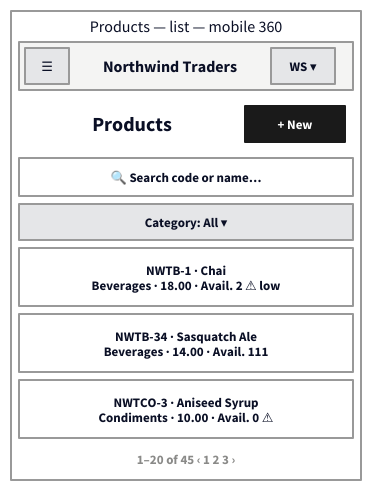
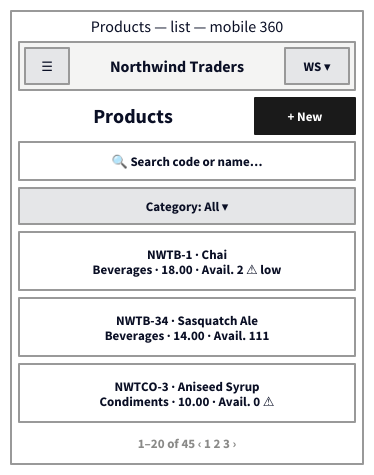
Before and after one commit to jedt3d/northwind-design: the diagram in docs/07-wireframes/05-products-list.mobile.d2, drawn with D2. The commit also changed 99 other files, not shown here.

Commit message:
feat: dashboard analytics (7 chart panels), companies lifetime totals, table header alignment fix; docs+wireframes updated; 86 tests green

```diff
--- a/docs/07-wireframes/05-products-list.mobile.d2
+++ b/docs/07-wireframes/05-products-list.mobile.d2
@@ -1,52 +1,53 @@
 # PRD: F4 Products list (mobile 360)
 # GUI wireframe: one narrow page frame, topbar with hamburger, zones stacked vertically.
 direction: down
 
 classes: {
   frame: {style: {fill: "#ffffff"; stroke: "#999999"; stroke-width: 2; font-size: 16}}
   plain: {style: {fill: "#ffffff"; stroke: "#ffffff"}}
   bar: {style: {fill: "#f4f4f3"; stroke: "#999999"}}
   barlbl: {style: {fill: "#f4f4f3"; stroke: "#f4f4f3"}}
   slogo: {style: {fill: "#f4f4f3"; stroke: "#f4f4f3"; bold: true; font-size: 16}}
   nav: {style: {fill: "#f4f4f3"; stroke: "#f4f4f3"; font-size: 14}}
   navon: {style: {fill: "#1a1a1a"; stroke: "#1a1a1a"; font-color: "#ffffff"; font-size: 14}}
   h1: {style: {fill: "#ffffff"; stroke: "#ffffff"; bold: true; font-size: 20}}
   txt: {style: {fill: "#ffffff"; stroke: "#ffffff"; font-size: 13}}
   muted: {style: {fill: "#ffffff"; stroke: "#ffffff"; font-color: "#8a8a88"; font-size: 13}}
   zone: {style: {fill: "#ffffff"; stroke: "#999999"; font-size: 13}}
   field: {style: {fill: "#ffffff"; stroke: "#999999"; font-size: 13}}
   btn: {style: {fill: "#e5e6e8"; stroke: "#999999"; font-size: 13}}
   primary: {style: {fill: "#1a1a1a"; stroke: "#1a1a1a"; font-color: "#ffffff"; font-size: 13}}
   head: {style: {fill: "#e5e6e8"; stroke: "#999999"; bold: true; font-size: 13}}
   cell: {style: {fill: "#ffffff"; stroke: "#999999"; font-size: 13}}
 }
 
 page: {
   label: "Products — list — mobile 360"
   class: frame
   grid-columns: 1
   grid-gap: 8
   topbar: {
     label: ""
     class: bar
     grid-columns: 3
     grid-gap: 6
     menu: {label: "☰"; class: btn; width: 44; height: 36}
-    apptitle: {label: "Northwind Traders"; class: barlbl; width: 190; height: 36}
+    apptitle: {label: "Northwind Traders"; class: barlbl; width: 204; height: 36}
     user: {label: "WS ▾"; class: btn; width: 64; height: 36}
   }
   hdr: {
     label: ""
     class: plain
-    grid-columns: 2
-    grid-gap: 8
-    h1: {label: "Products"; class: h1; width: 210; height: 36}
+    grid-columns: 3
+    grid-gap: 0
+    h1: {label: "Products"; class: h1; width: 228; height: 36}
+    gsp1: {label: ""; class: plain; width: 8; height: 36}
     new: {label: "+ New"; class: primary; width: 100; height: 36}
   }
-  search: {label: "🔍 Search code or name…"; class: field; width: 320; height: 38}
-  filt: {label: "Category: All ▾"; class: btn; width: 320; height: 36}
-  c1: {label: "NWTB-1 · Chai\nBeverages · 18.00 · Avail. 2 ⚠ low"; class: zone; width: 320; height: 58}
-  c2: {label: "NWTB-34 · Sasquatch Ale\nBeverages · 14.00 · Avail. 111"; class: zone; width: 320; height: 58}
-  c3: {label: "NWTCO-3 · Aniseed Syrup\nCondiments · 10.00 · Avail. 0 ⚠"; class: zone; width: 320; height: 58}
-  pager: {label: "1–20 of 45   ‹ 1 2 3 ›"; class: muted; width: 320; height: 26}
+  search: {label: "🔍 Search code or name…"; class: field; width: 336; height: 38}
+  filt: {label: "Category: All ▾"; class: btn; width: 336; height: 36}
+  c1: {label: "NWTB-1 · Chai\nBeverages · 18.00 · Avail. 2 ⚠ low"; class: zone; width: 336; height: 58}
+  c2: {label: "NWTB-34 · Sasquatch Ale\nBeverages · 14.00 · Avail. 111"; class: zone; width: 336; height: 58}
+  c3: {label: "NWTCO-3 · Aniseed Syrup\nCondiments · 10.00 · Avail. 0 ⚠"; class: zone; width: 336; height: 58}
+  pager: {label: "1–20 of 45   ‹ 1 2 3 ›"; class: muted; width: 336; height: 26}
 }
```
